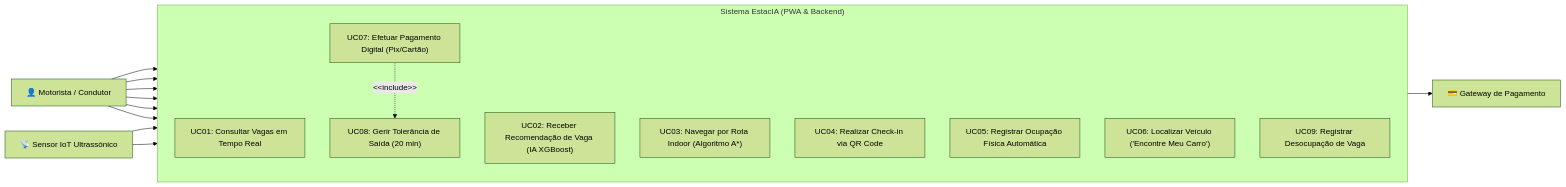
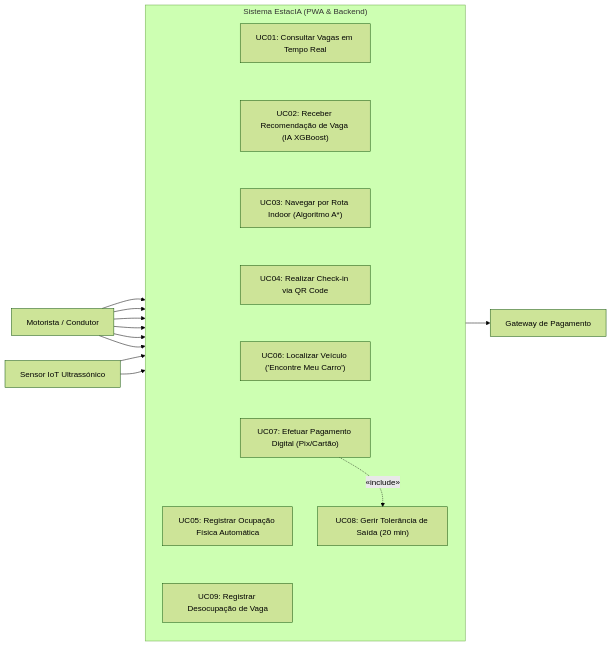
Before and after one commit to rafaelvaz-arch/teste-ADS-ESTACIA: the diagram in docs/Casos_de_uso.md, drawn with Mermaid (forest theme). The commit also changed other lines of this file, not shown here.

````diff
--- a/docs/Casos_de_uso.md
+++ b/docs/Casos_de_uso.md
@@ -5,36 +5,50 @@
 ```mermaid
-flowchart LR
+graph LR
     %% Atores
-    Motorista["👤 Motorista / Condutor"]
-    Sensor["📡 Sensor IoT Ultrassónico"]
-    Gateway["💳 Gateway de Pagamento"]
+    Motorista["Motorista / Condutor"]
+    Sensor["Sensor IoT Ultrassónico"]
+    Gateway["Gateway de Pagamento"]
 
     %% Sistema EstacIA
     subgraph Sistema ["Sistema EstacIA (PWA & Backend)"]
         direction TB
+        
+        %% Definição ordenada dos Casos de Uso
         UC01["UC01: Consultar Vagas em Tempo Real"]
         UC02["UC02: Receber Recomendação de Vaga (IA XGBoost)"]
         UC03["UC03: Navegar por Rota Indoor (Algoritmo A*)"]
         UC04["UC04: Realizar Check-in via QR Code"]
-        UC05["UC05: Registrar Ocupação Física Automática"]
         UC06["UC06: Localizar Veículo ('Encontre Meu Carro')"]
         UC07["UC07: Efetuar Pagamento Digital (Pix/Cartão)"]
         UC08["UC08: Gerir Tolerância de Saída (20 min)"]
+        UC05["UC05: Registrar Ocupação Física Automática"]
         UC09["UC09: Registrar Desocupação de Vaga"]
-        
-        UC07 -.->|&lt;&lt;include&gt;&gt;| UC08
+
+        %% Forçar ordenação vertical perfeita (linhas invisíveis)
+        UC01 ~~~ UC02
+        UC02 ~~~ UC03
+        UC03 ~~~ UC04
+        UC04 ~~~ UC06
+        UC06 ~~~ UC07
+        UC07 ~~~ UC05
+        UC05 ~~~ UC09
+
+        %% Relacionamento include
+        UC07 -. "«include»" .-> UC08
     end
 
-    %% Associação de Atores aos Casos de Uso
+    %% Ligações do Motorista
     Motorista --> UC01
     Motorista --> UC02
     Motorista --> UC03
     Motorista --> UC04
     Motorista --> UC06
     Motorista --> UC07
 
+    %% Ligações do Sensor IoT
     Sensor --> UC05
     Sensor --> UC09
 
+    %% Ligações com Gateway
     UC07 --> Gateway
 ```
````
